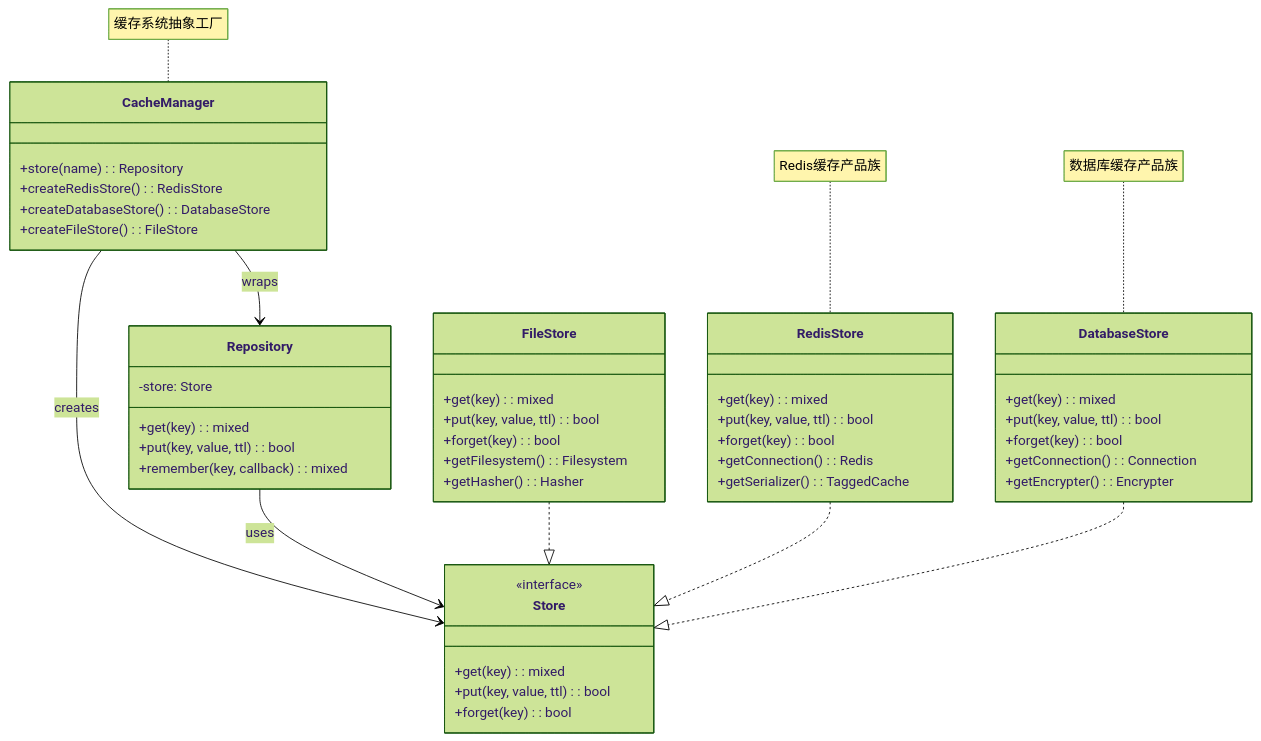
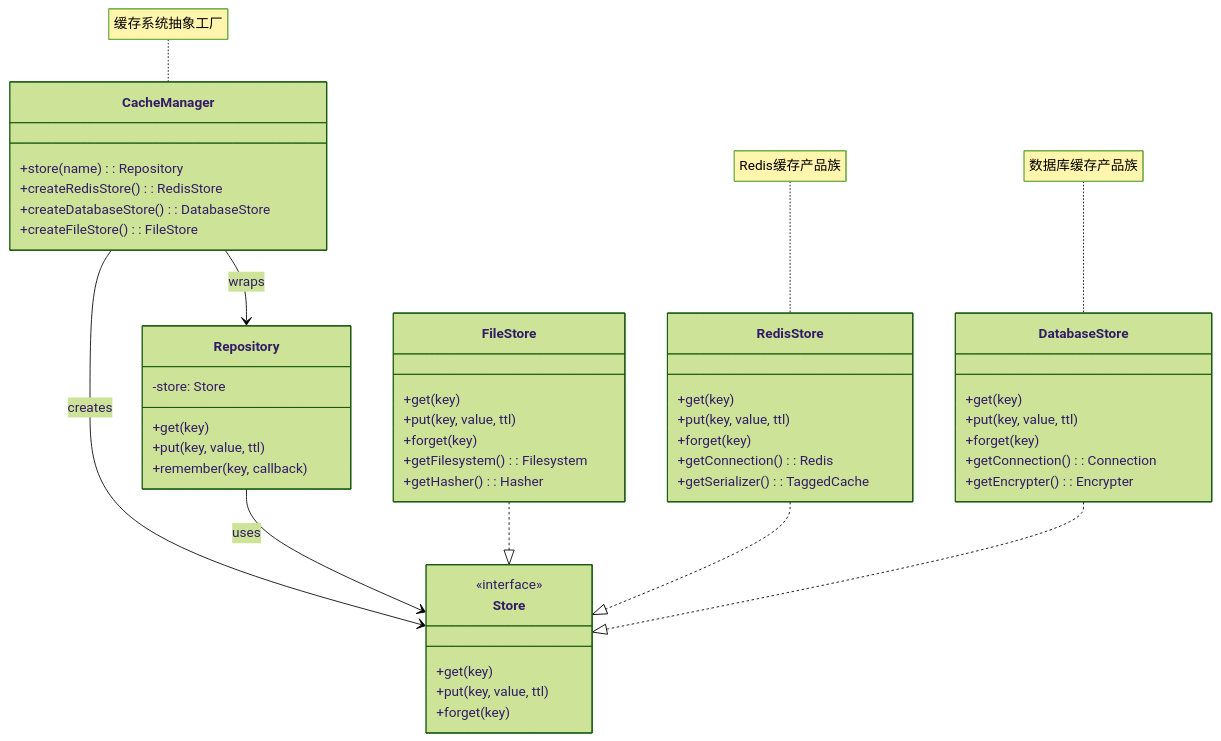
One commit to fanly/DesignPattern changed the fourth of 5 diagrams in resources/design-patterns/laravel/creational/abstract_factory_zh.md. Above: the diagram before and after it, drawn with Mermaid (forest theme). The commit also changed other lines of this file and 103 other files, not shown here.

````diff
--- a/resources/design-patterns/laravel/creational/abstract_factory_zh.md
+++ b/resources/design-patterns/laravel/creational/abstract_factory_zh.md
@@ -175,58 +175,58 @@
 ```mermaid
 classDiagram
     class CacheManager {
         +store(name): Repository
         +createRedisStore(): RedisStore
         +createDatabaseStore(): DatabaseStore
         +createFileStore(): FileStore
     }
     
     class Store {
         <<interface>>
-        +get(key): mixed
-        +put(key, value, ttl): bool
-        +forget(key): bool
+        +get(key)
+        +put(key, value, ttl)
+        +forget(key)
     }
     
     class RedisStore {
-        +get(key): mixed
-        +put(key, value, ttl): bool
-        +forget(key): bool
+        +get(key)
+        +put(key, value, ttl)
+        +forget(key)
         +getConnection(): Redis
         +getSerializer(): TaggedCache
     }
     
     class DatabaseStore {
-        +get(key): mixed
-        +put(key, value, ttl): bool
-        +forget(key): bool
+        +get(key)
+        +put(key, value, ttl)
+        +forget(key)
         +getConnection(): Connection
         +getEncrypter(): Encrypter
     }
     
     class FileStore {
-        +get(key): mixed
-        +put(key, value, ttl): bool
-        +forget(key): bool
+        +get(key)
+        +put(key, value, ttl)
+        +forget(key)
         +getFilesystem(): Filesystem
         +getHasher(): Hasher
     }
     
     class Repository {
         -store: Store
-        +get(key): mixed
-        +put(key, value, ttl): bool
-        +remember(key, callback): mixed
+        +get(key)
+        +put(key, value, ttl)
+        +remember(key, callback)
     }
     
     CacheManager --> Store : creates
     CacheManager --> Repository : wraps
     RedisStore ..|> Store
     DatabaseStore ..|> Store
     FileStore ..|> Store
     Repository --> Store : uses
     
     note for CacheManager "缓存系统抽象工厂"
     note for RedisStore "Redis缓存产品族"
     note for DatabaseStore "数据库缓存产品族"
 ```
````
